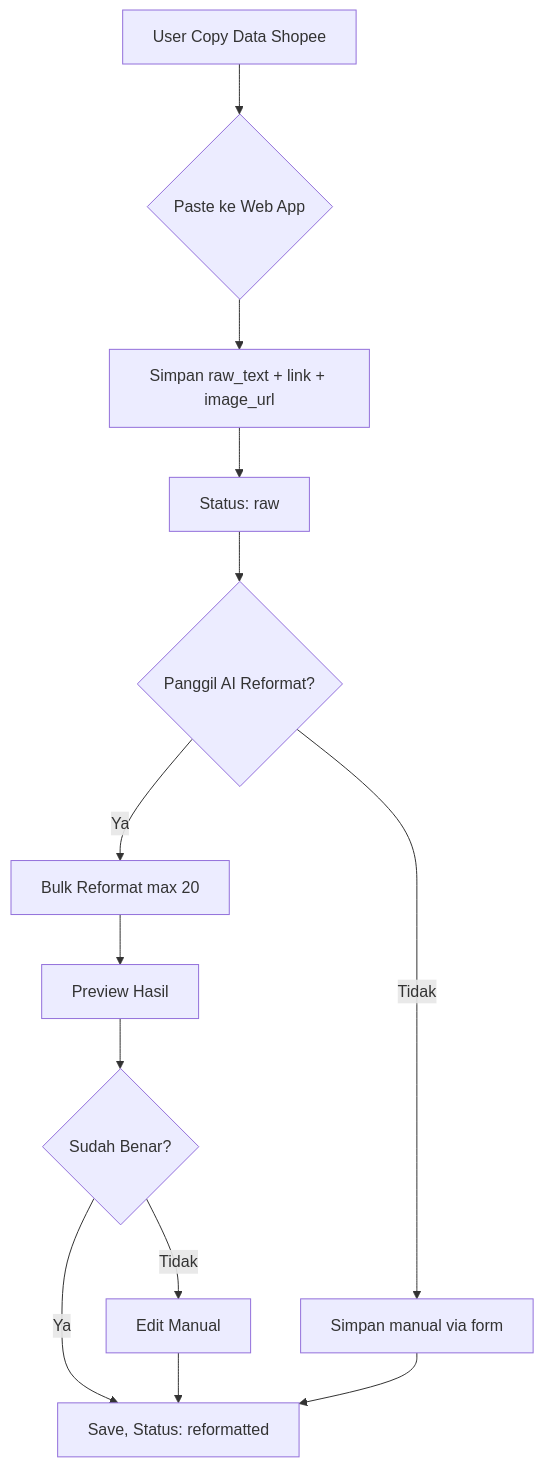
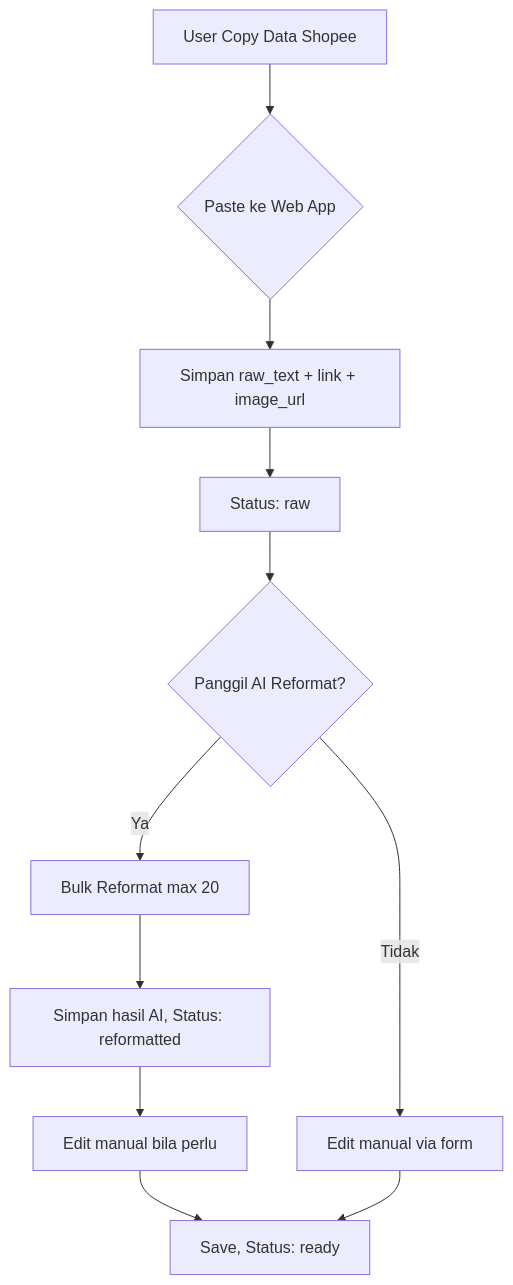
Before and after one commit to nunutech40/affilatorshopee: the second of 5 diagrams in PRD.md, drawn with Mermaid. The commit also changed other lines of this file and 6 other files, not shown here.

````diff
--- a/PRD.md
+++ b/PRD.md
@@ -77,15 +77,13 @@
 ```mermaid
 flowchart TD
     A[User Copy Data Shopee] --> B{Paste ke Web App}
     B --> C[Simpan raw_text + link + image_url]
     C --> D[Status: raw]
     D --> E{Panggil AI Reformat?}
     E -->|Ya| F[Bulk Reformat max 20]
-    F --> G[Preview Hasil]
-    G --> H{Sudah Benar?}
-    H -->|Ya| I[Save, Status: reformatted]
-    H -->|Tidak| J[Edit Manual]
+    F --> G[Simpan hasil AI, Status: reformatted]
+    G --> H[Edit manual bila perlu]
+    H --> I[Save, Status: ready]
+    E -->|Tidak| J[Edit manual via form]
     J --> I
-    E -->|Tidak| K[Simpan manual via form]
-    K --> I
 ```
````
